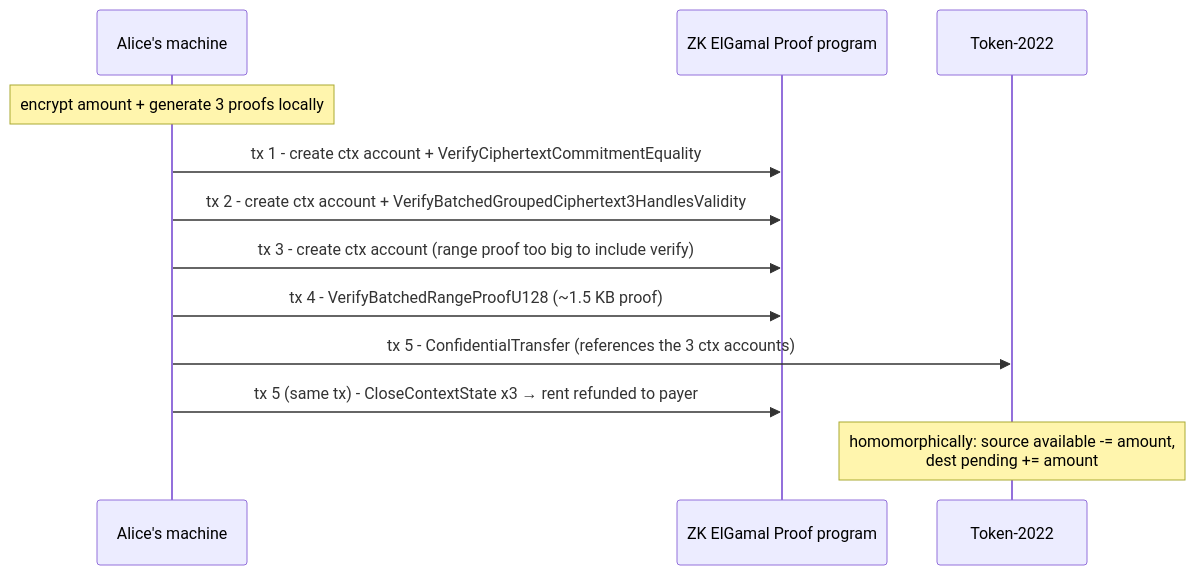
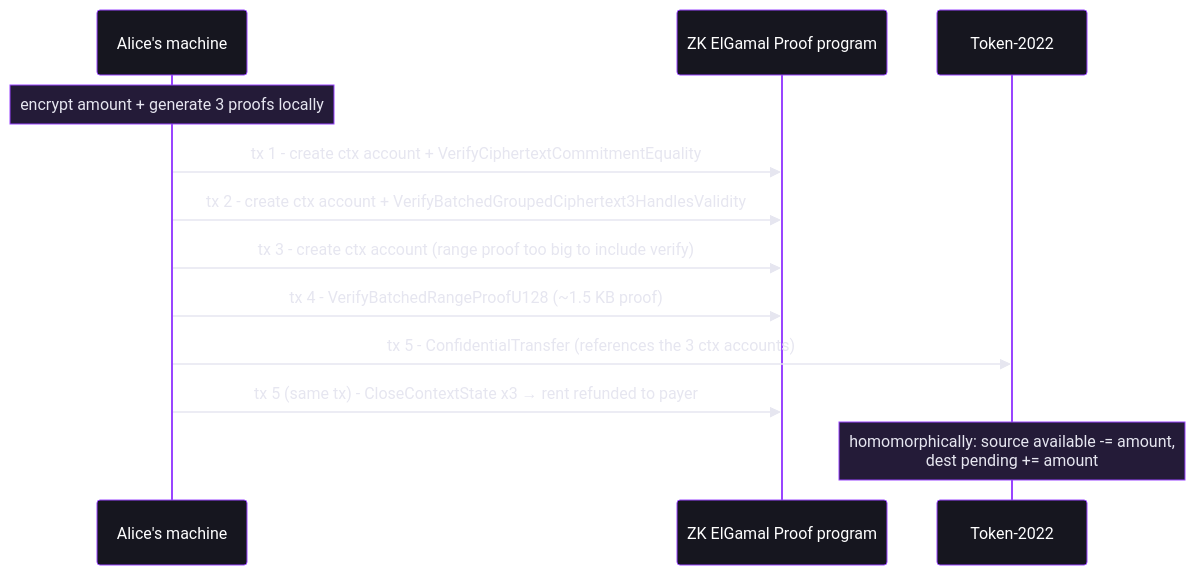
The second of 2 diagrams in workshop/04-confidential-transfer.md (catmcgee/confidential-transfers-explorer), drawn with Mermaid before and after one commit. The commit also changed other lines of this file and 7 other files, not shown here.

````diff
--- a/workshop/04-confidential-transfer.md
+++ b/workshop/04-confidential-transfer.md
@@ -47,14 +49,15 @@
 ```mermaid
+%%{init: {'theme':'base','themeVariables':{'background':'transparent','primaryColor':'#16161f','primaryTextColor':'#ffffff','primaryBorderColor':'#9945FF','secondaryColor':'#0f2e21','secondaryTextColor':'#ffffff','secondaryBorderColor':'#14F195','tertiaryColor':'#241b38','tertiaryTextColor':'#ffffff','lineColor':'#8b8ba7','textColor':'#e6e6f0','fontSize':'14px','clusterBkg':'#101018','clusterBorder':'#3a3a4d','edgeLabelBackground':'#101018','actorBkg':'#16161f','actorTextColor':'#ffffff','actorBorder':'#9945FF','signalColor':'#e6e6f0','signalTextColor':'#e6e6f0','noteBkgColor':'#241b38','noteTextColor':'#e6e6f0','noteBorderColor':'#9945FF','labelBoxBkgColor':'#16161f','labelTextColor':'#ffffff','loopTextColor':'#e6e6f0'}}}%%
 sequenceDiagram
     participant A as Alice's machine
     participant ZK as ZK ElGamal Proof program
     participant T22 as Token-2022
     Note over A: encrypt amount + generate 3 proofs locally
     A->>ZK: tx 1 - create ctx account + VerifyCiphertextCommitmentEquality
     A->>ZK: tx 2 - create ctx account + VerifyBatchedGroupedCiphertext3HandlesValidity
     A->>ZK: tx 3 - create ctx account (range proof too big to include verify)
     A->>ZK: tx 4 - VerifyBatchedRangeProofU128 (~1.5 KB proof)
     A->>T22: tx 5 - ConfidentialTransfer (references the 3 ctx accounts)
     A->>ZK: tx 5 (same tx) - CloseContextState x3 → rent refunded to payer
     Note over T22: homomorphically: source available -= amount,<br/>dest pending += amount
 ```
````
